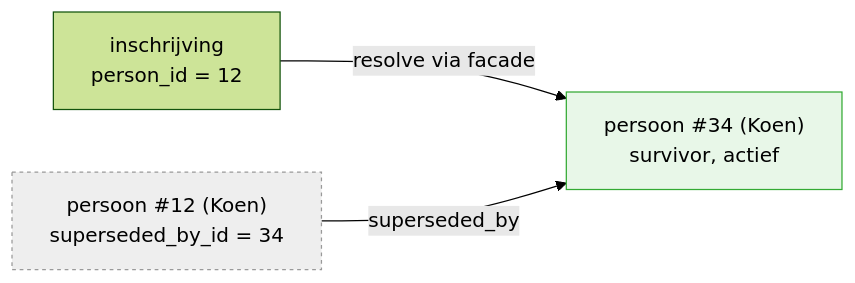
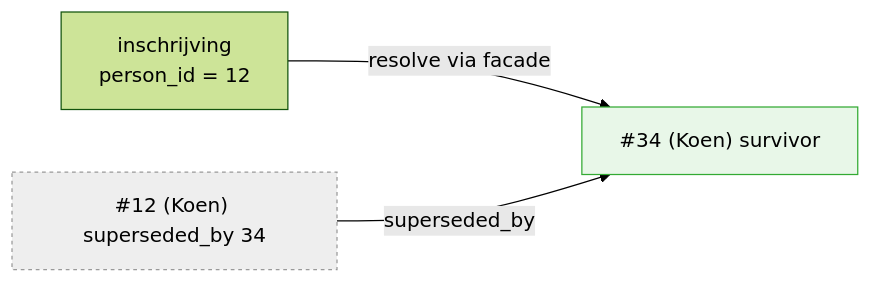
Before and after one commit to KoenRenders/KoenTest: the third of 4 diagrams in docs/intermediate-architecture-upgrade-v1.md, drawn with Mermaid (forest theme). The commit also changed other lines of this file, not shown here.

First line of the commit message:
docs: architecture v1 — compacter (less is more)

````diff
--- a/docs/intermediate-architecture-upgrade-v1.md
+++ b/docs/intermediate-architecture-upgrade-v1.md
@@ -410,7 +182,7 @@
 ```mermaid
 flowchart LR
   REG["inschrijving<br/>person_id = 12"] -->|resolve via facade| NEW
-  OLD["persoon #12 (Koen)<br/>superseded_by_id = 34"]:::dead -->|superseded_by| NEW["persoon #34 (Koen)<br/>survivor, actief"]:::alive
-  classDef dead fill:#eee,stroke:#999,stroke-dasharray:3;
-  classDef alive fill:#e8f7e8,stroke:#3a3;
+  OLD["#12 (Koen) superseded_by 34"]:::d -->|superseded_by| NEW["#34 (Koen) survivor"]:::a
+  classDef d fill:#eee,stroke:#999,stroke-dasharray:3;
+  classDef a fill:#e8f7e8,stroke:#3a3;
 ```
````
